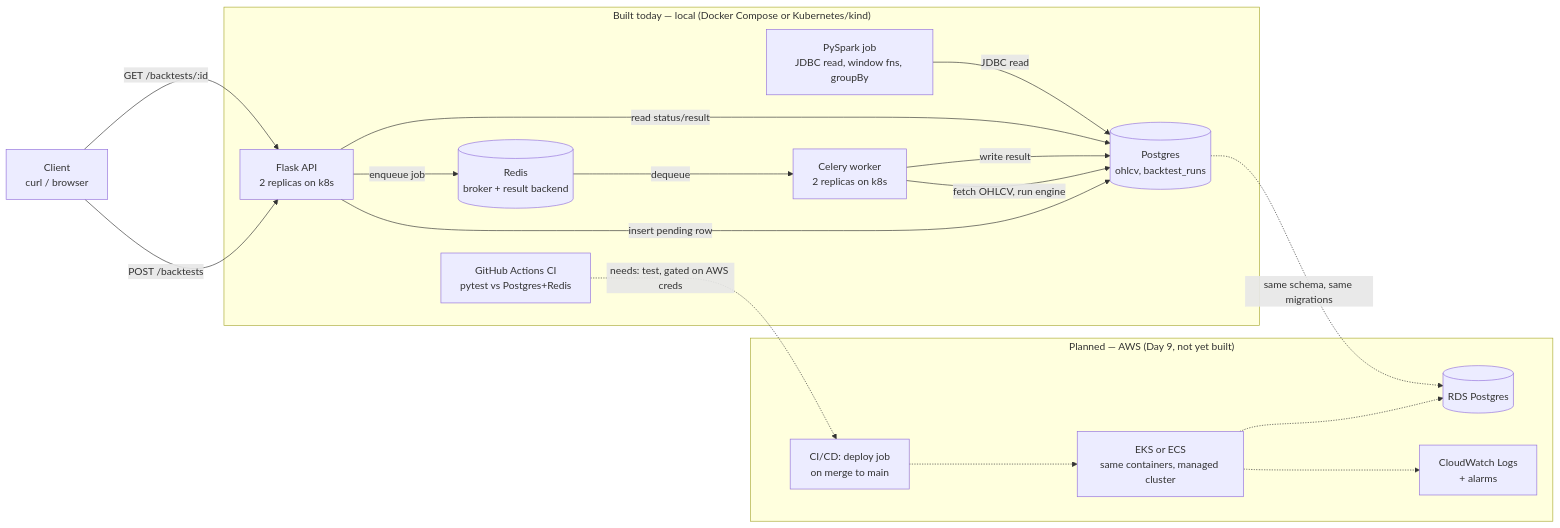
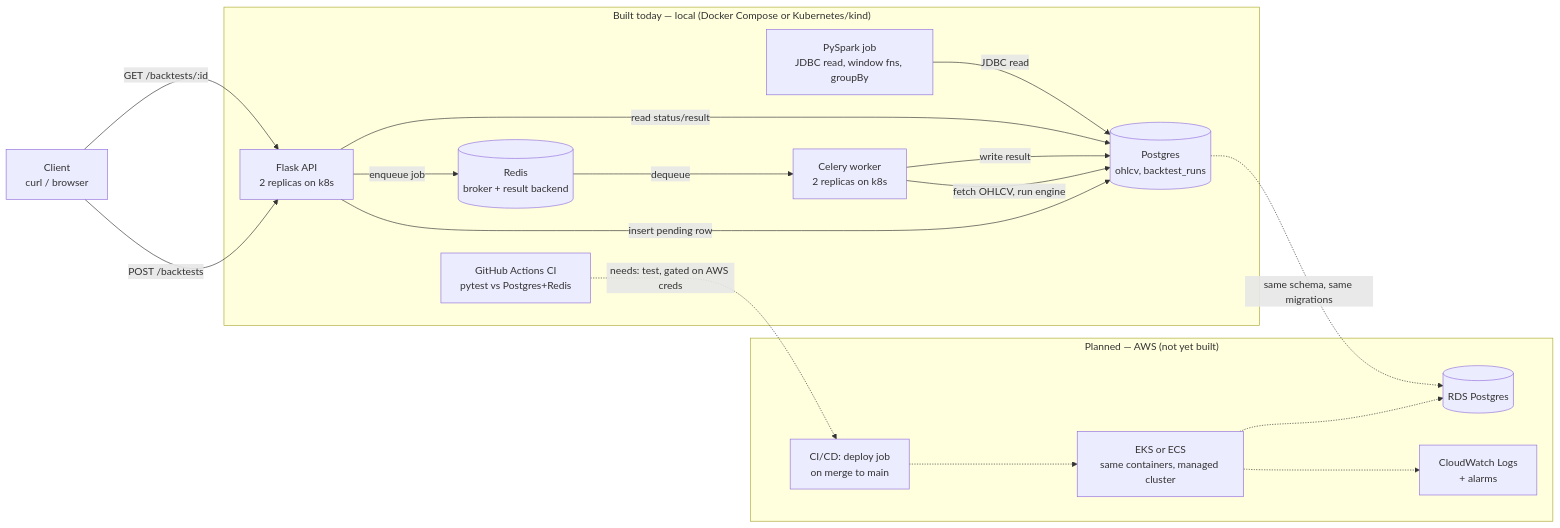
The diagram in docs/ARCHITECTURE.md (skpallaka/quant-backtester), drawn with Mermaid before and after one commit. The commit also changed other lines of this file and 3 other files, not shown here.

````diff
--- a/docs/ARCHITECTURE.md
+++ b/docs/ARCHITECTURE.md
@@ -15,36 +15,36 @@
 ```mermaid
 flowchart LR
     C[Client<br/>curl / browser]
 
     subgraph today["Built today — local (Docker Compose or Kubernetes/kind)"]
         API[Flask API<br/>2 replicas on k8s]
         PG[("Postgres<br/>ohlcv, backtest_runs")]
         RQ[("Redis<br/>broker + result backend")]
         W[Celery worker<br/>2 replicas on k8s]
         CI["GitHub Actions CI<br/>pytest vs Postgres+Redis"]
         SPARK["PySpark job<br/>JDBC read, window fns, groupBy"]
     end
 
-    subgraph planned["Planned — AWS (Day 9, not yet built)"]
+    subgraph planned["Planned — AWS (not yet built)"]
         RDS[("RDS Postgres")]
         EKS["EKS or ECS<br/>same containers, managed cluster"]
         CW["CloudWatch Logs<br/>+ alarms"]
         CD["CI/CD: deploy job<br/>on merge to main"]
     end
 
     C -->|"POST /backtests"| API
     C -->|"GET /backtests/:id"| API
     API -->|"insert pending row"| PG
     API -->|"enqueue job"| RQ
     RQ -->|"dequeue"| W
     W -->|"fetch OHLCV, run engine"| PG
     W -->|"write result"| PG
     API -->|"read status/result"| PG
     SPARK -->|"JDBC read"| PG
 
     CI -.->|"needs: test, gated on AWS creds"| CD
     CD -.-> EKS
     EKS -.-> RDS
     EKS -.-> CW
     PG -.->|"same schema, same migrations"| RDS
 ```
````
